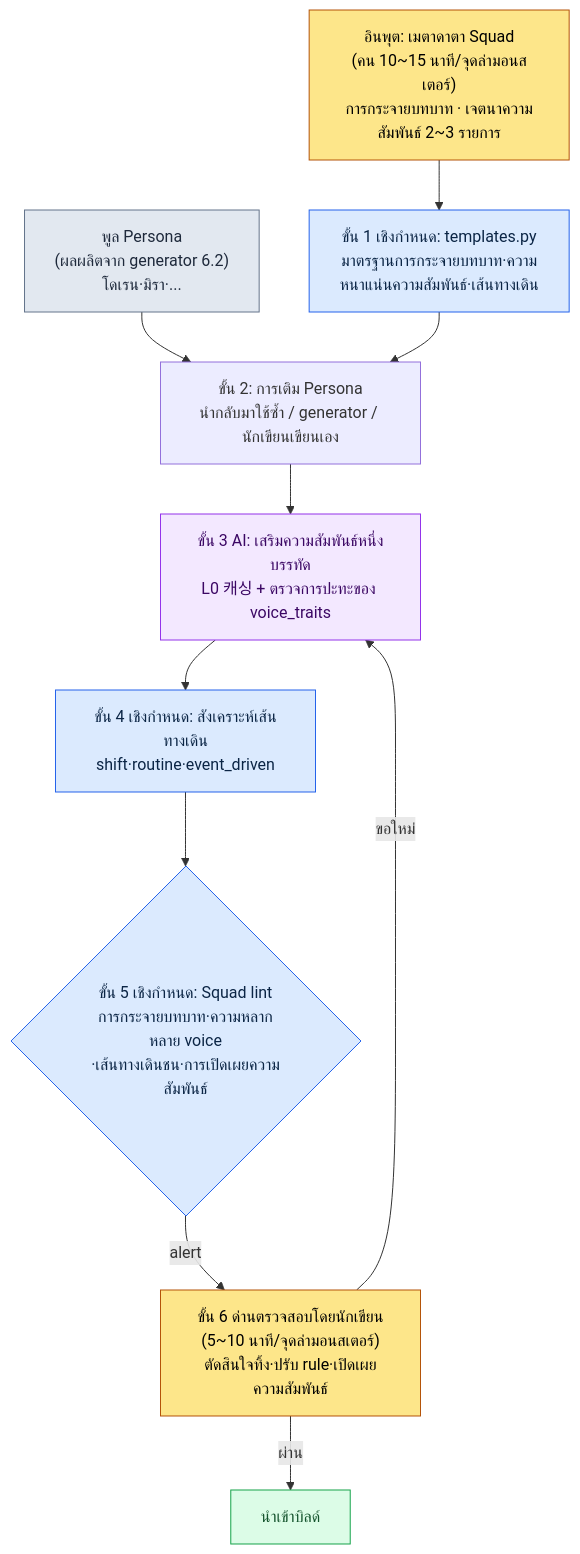
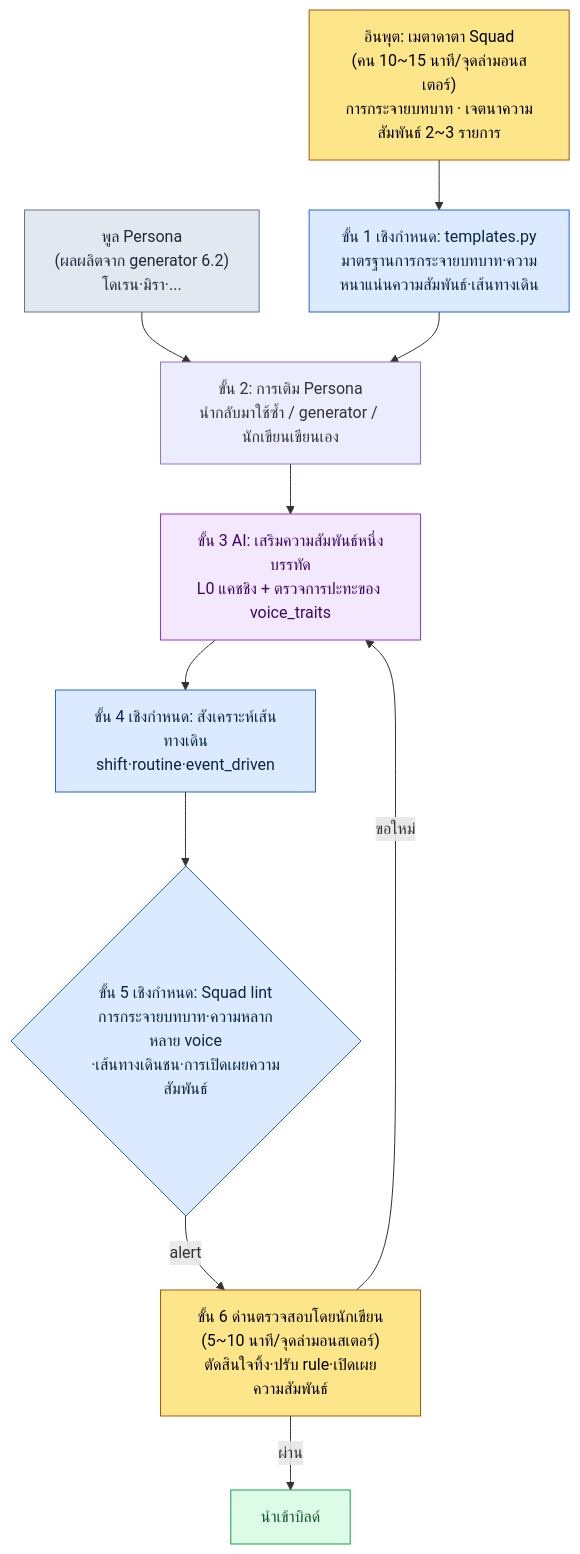
Before and after one commit to eremes81/game-design-ai-practice-th: the diagram in manuscript/part06-content-design/chapter-3-npc-persona-squad-pipeline.md, drawn with Mermaid. The commit also changed other lines of this file and 14 other files, not shown here.

````diff
--- a/manuscript/part06-content-design/chapter-3-npc-persona-squad-pipeline.md
+++ b/manuscript/part06-content-design/chapter-3-npc-persona-squad-pipeline.md
@@ -192,24 +192,24 @@
 ```mermaid
 flowchart TB
     P["พูล Persona<br/>(ผลผลิตจาก generator 6.2)<br/>โดเรน·มิรา·..."] --> FILL
     A["อินพุต: เมตาดาตา Squad<br/>(คน 10~15 นาที/จุดล่ามอนสเตอร์)<br/>การกระจายบทบาท · เจตนาความสัมพันธ์ 2~3 รายการ"]
     A --> B["ขั้น 1 เชิงกำหนด: templates.py<br/>มาตรฐานการกระจายบทบาท·ความหนาแน่นความสัมพันธ์·เส้นทางเดิน"]
     B --> FILL["ขั้น 2: การเติม Persona<br/>นำกลับมาใช้ซ้ำ / generator / นักเขียนเขียนเอง"]
-    FILL --> C["ขั้น 3 AI: เสริมความสัมพันธ์หนึ่งบรรทัด<br/>L0 캐싱 + ตรวจการปะทะของ voice_traits"]
+    FILL --> C["ขั้น 3 AI: เสริมความสัมพันธ์หนึ่งบรรทัด<br/>L0 แคชชิง + ตรวจการปะทะของ voice_traits"]
     C --> D["ขั้น 4 เชิงกำหนด: สังเคราะห์เส้นทางเดิน<br/>shift·routine·event_driven"]
     D --> E{"ขั้น 5 เชิงกำหนด: Squad lint<br/>การกระจายบทบาท·ความหลากหลาย voice<br/>·เส้นทางเดินชน·การเปิดเผยความสัมพันธ์"}
     E -->|"alert"| F["ขั้น 6 ด่านตรวจสอบโดยนักเขียน<br/>(5~10 นาที/จุดล่ามอนสเตอร์)<br/>ตัดสินใจทิ้ง·ปรับ rule·เปิดเผยความสัมพันธ์"]
     F -->|"ขอใหม่"| C
     F -->|"ผ่าน"| G["นำเข้าบิลด์"]
 
     classDef code fill:#dbeafe,stroke:#2563eb,color:#0b2545;
     classDef ai fill:#f3e8ff,stroke:#9333ea,color:#3b0764;
     classDef human fill:#fde68a,stroke:#b45309,color:#000;
     classDef data fill:#e2e8f0,stroke:#64748b,color:#1e293b;
     classDef pass fill:#dcfce7,stroke:#16a34a,color:#14532d;
     class B,D,E code;
     class C ai;
     class A,F human;
     class P data;
     class G pass;
 ```
````
